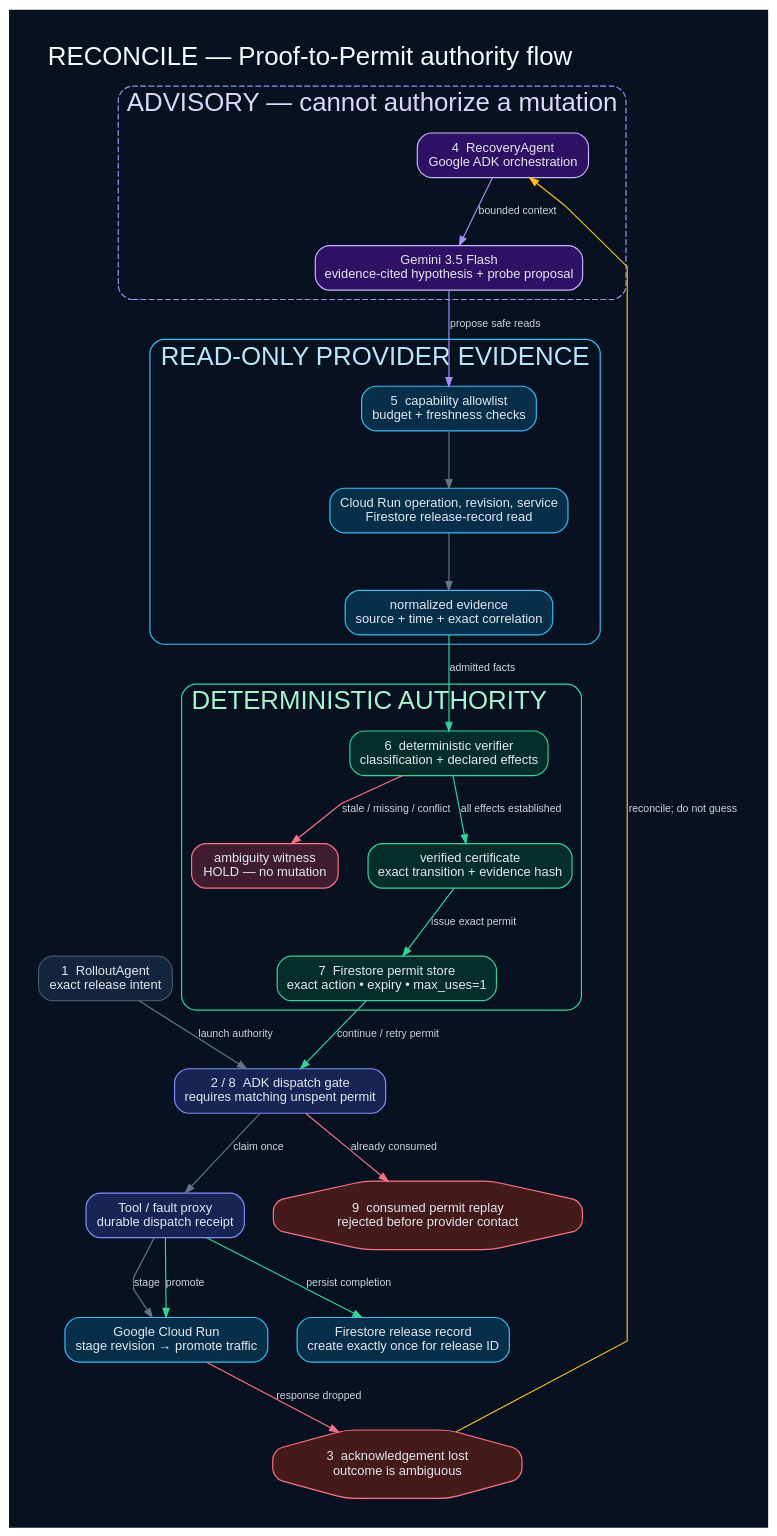
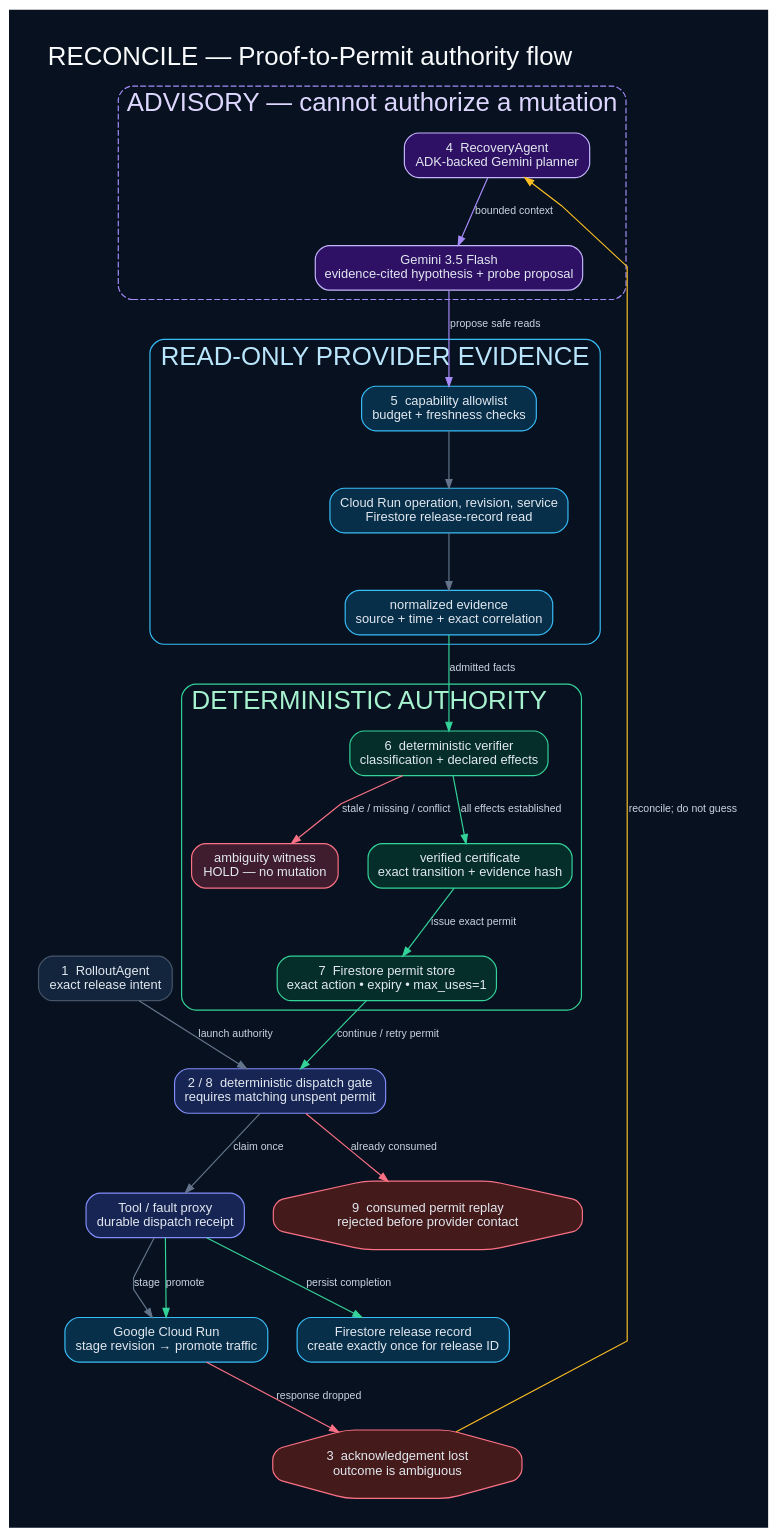
The diagram in docs/architecture.dot (OCHOLA-EDDYPHIL/reconcile), drawn with Graphviz before and after one commit. The commit also changed 20 other files, not shown here.

```diff
--- a/docs/architecture.dot
+++ b/docs/architecture.dot
@@ -1,82 +1,82 @@
 digraph ReconcileArchitecture {
   graph [
     bgcolor="#07111f",
     fontname="Arial",
     label="RECONCILE — Proof-to-Permit authority flow",
     labelloc="t",
     labeljust="l",
     fontcolor="#f8fafc",
     fontsize=22,
     pad=0.35,
     ranksep=0.65,
     nodesep=0.35,
     splines=polyline
   ];
   node [
     shape=box,
     style="rounded,filled",
     fontname="Arial",
     fontsize=11,
     fontcolor="#e2e8f0",
     color="#475569",
     fillcolor="#111c2e",
     margin="0.14,0.10"
   ];
   edge [fontname="Arial", fontsize=9, fontcolor="#cbd5e1", color="#64748b", arrowsize=0.75];
 
   rollout [label="1  RolloutAgent\nexact release intent", fillcolor="#13253d"];
-  gate [label="2 / 8  ADK dispatch gate\nrequires matching unspent permit", fillcolor="#172554", color="#818cf8"];
+  gate [label="2 / 8  deterministic dispatch gate\nrequires matching unspent permit", fillcolor="#172554", color="#818cf8"];
   proxy [label="Tool / fault proxy\ndurable dispatch receipt", fillcolor="#172554", color="#818cf8"];
   cloud [label="Google Cloud Run\nstage revision → promote traffic", fillcolor="#082f49", color="#38bdf8"];
   lost [label="3  acknowledgement lost\noutcome is ambiguous", shape=octagon, fillcolor="#451a1a", color="#fb7185"];
 
   subgraph cluster_advisory {
     label="ADVISORY — cannot authorize a mutation";
     color="#a78bfa";
     fontcolor="#ddd6fe";
     style="rounded,dashed";
-    recovery [label="4  RecoveryAgent\nGoogle ADK orchestration", fillcolor="#2e1065", color="#c4b5fd"];
+    recovery [label="4  RecoveryAgent\nADK-backed Gemini planner", fillcolor="#2e1065", color="#c4b5fd"];
     gemini [label="Gemini 3.5 Flash\nevidence-cited hypothesis + probe proposal", fillcolor="#2e1065", color="#c4b5fd"];
     recovery -> gemini [label="bounded context", color="#a78bfa"];
   }
 
   subgraph cluster_readonly {
     label="READ-ONLY PROVIDER EVIDENCE";
     color="#38bdf8";
     fontcolor="#bae6fd";
     style="rounded";
     allowlist [label="5  capability allowlist\nbudget + freshness checks", fillcolor="#082f49", color="#38bdf8"];
     probes [label="Cloud Run operation, revision, service\nFirestore release-record read", fillcolor="#082f49", color="#38bdf8"];
     evidence [label="normalized evidence\nsource + time + exact correlation", fillcolor="#082f49", color="#38bdf8"];
     allowlist -> probes -> evidence;
   }
 
   subgraph cluster_authority {
     label="DETERMINISTIC AUTHORITY";
     color="#34d399";
     fontcolor="#a7f3d0";
     style="rounded";
     verifier [label="6  deterministic verifier\nclassification + declared effects", fillcolor="#052e2b", color="#34d399"];
     witness [label="ambiguity witness\nHOLD — no mutation", fillcolor="#3f1d2e", color="#fb7185"];
     certificate [label="verified certificate\nexact transition + evidence hash", fillcolor="#052e2b", color="#34d399"];
     permits [label="7  Firestore permit store\nexact action • expiry • max_uses=1", fillcolor="#052e2b", color="#34d399"];
     verifier -> witness [label="stale / missing / conflict", color="#fb7185"];
     verifier -> certificate [label="all effects established", color="#34d399"];
     certificate -> permits [label="issue exact permit", color="#34d399"];
   }
 
   record [label="Firestore release record\ncreate exactly once for release ID", fillcolor="#082f49", color="#38bdf8"];
   replay [label="9  consumed permit replay\nrejected before provider contact", shape=octagon, fillcolor="#451a1a", color="#fb7185"];
 
   rollout -> gate [label="launch authority"];
   gate -> proxy [label="claim once"];
   proxy -> cloud [label="stage"];
   cloud -> lost [label="response dropped", color="#fb7185"];
   lost -> recovery [label="reconcile; do not guess", color="#fbbf24"];
   gemini -> allowlist [label="propose safe reads", color="#a78bfa"];
   evidence -> verifier [label="admitted facts", color="#34d399"];
   permits -> gate [label="continue / retry permit", color="#34d399"];
   proxy -> cloud [label="promote", color="#34d399"];
   proxy -> record [label="persist completion", color="#34d399"];
   gate -> replay [label="already consumed", color="#fb7185"];
 }
```
